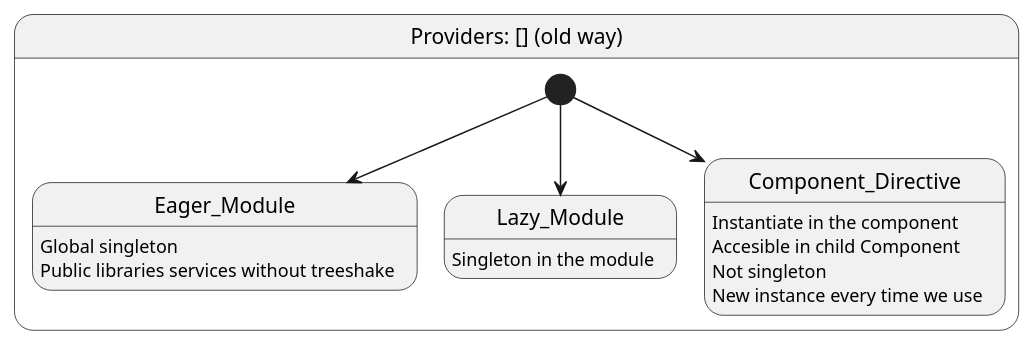
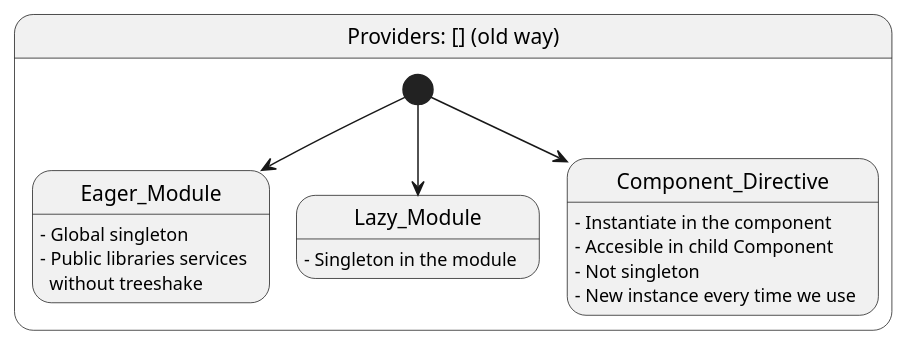
The diagram in docs/diagrams/old-way-DI.plantuml (PedroJesusRomeroOrtega/MarvelDI), drawn with PlantUML before and after one commit. The commit also changed 1 other file, not shown here.

```diff
--- a/docs/diagrams/old-way-DI.plantuml
+++ b/docs/diagrams/old-way-DI.plantuml
@@ -1,16 +1,16 @@
 @startuml DependencyInjection
 
 state "Providers: [] (old way)" as ProvidersOldWay{
   [*] --> Eager_Module
-  Eager_Module : Global singleton
-  Eager_Module : Public libraries services without treeshake
+  Eager_Module : - Global singleton
+  Eager_Module : - Public libraries services\n  without treeshake
   [*] --> Lazy_Module
-  Lazy_Module : Singleton in the module
+  Lazy_Module : - Singleton in the module
   [*] --> Component_Directive
-  Component_Directive : Instantiate in the component
-  Component_Directive : Accesible in child Component
-  Component_Directive : Not singleton
-  Component_Directive : New instance every time we use
+  Component_Directive : - Instantiate in the component
+  Component_Directive : - Accesible in child Component
+  Component_Directive : - Not singleton
+  Component_Directive : - New instance every time we use
 }
 
 @enduml
```
